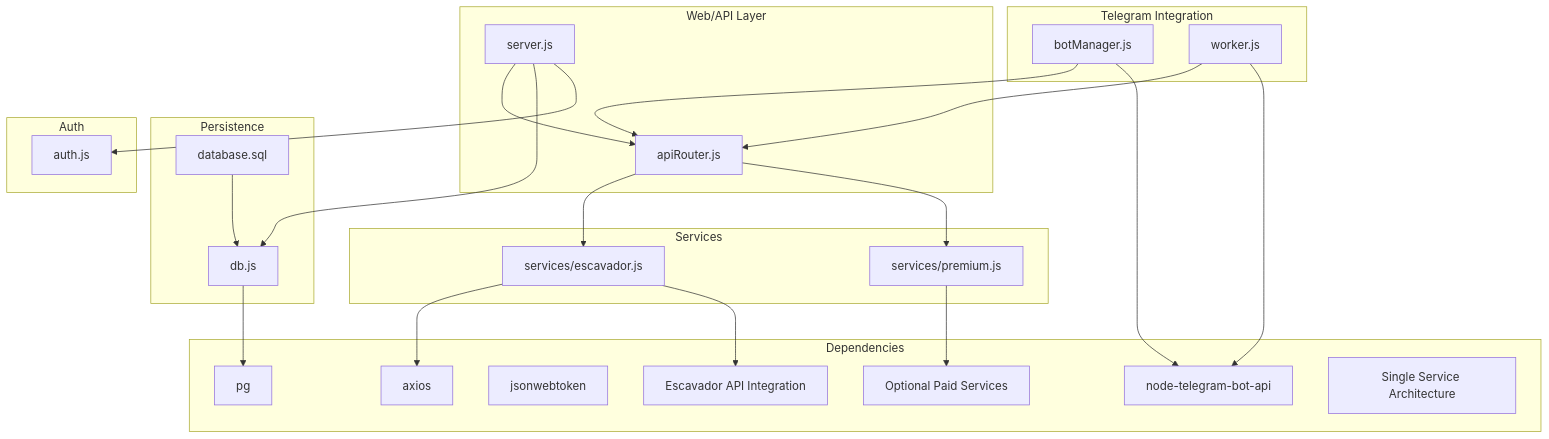
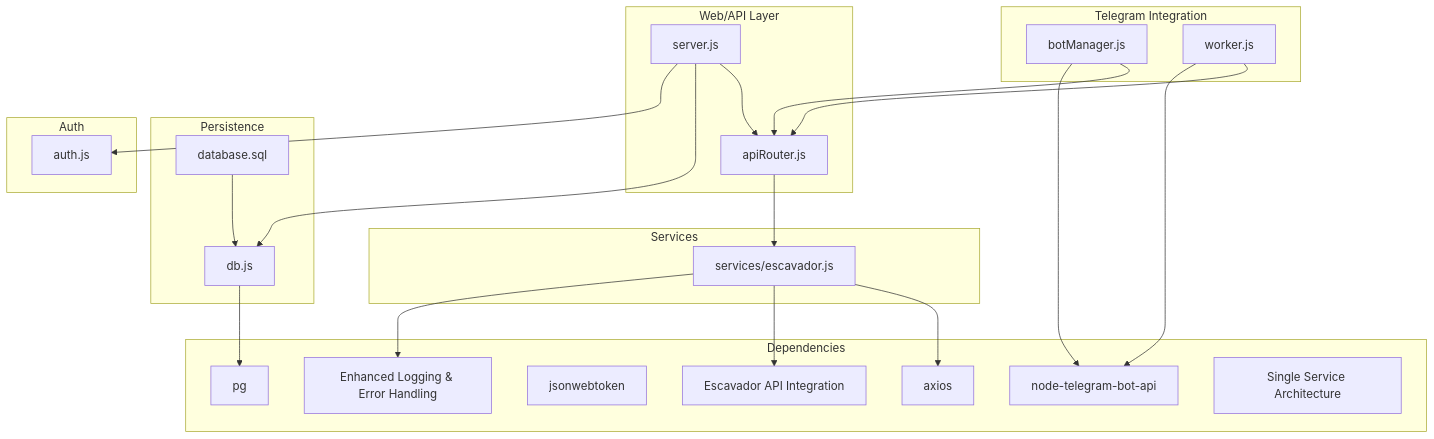
Before and after one commit to Alexandrexicara/bot-processos: the first of 4 diagrams in .qoder/repowiki/en/content/API Integration Layer/DataJud Free Service Integration.md, drawn with Mermaid. The commit also changed other lines of this file and 5 other files, not shown here.

````diff
--- a/.qoder/repowiki/en/content/API Integration Layer/DataJud Free Service Integration.md
+++ b/.qoder/repowiki/en/content/API Integration Layer/DataJud Free Service Integration.md
@@ -53,45 +53,43 @@
 ```mermaid
 graph TB
 subgraph "Web/API Layer"
 S["server.js"]
 R["apiRouter.js"]
 end
 subgraph "Services"
 E["services/escavador.js"]
-P["services/premium.js"]
 end
 subgraph "Telegram Integration"
 BM["botManager.js"]
 W["worker.js"]
 end
 subgraph "Persistence"
 DB["db.js"]
 SCHEMA["database.sql"]
 end
 subgraph "Auth"
 A["auth.js"]
 end
 subgraph "Dependencies"
 AX["axios"]
 PG["pg"]
 JWT["jsonwebtoken"]
 TG["node-telegram-bot-api"]
 ESC["Escavador API Integration"]
-PAY["Optional Paid Services"]
+LOG["Enhanced Logging & Error Handling"]
 ENDPT["Single Service Architecture"]
 end
 S --> R
 R --> E
-R --> P
 BM --> R
 W --> R
 S --> DB
 DB --> PG
 S --> A
 E --> AX
 E --> ESC
-P --> PAY
+E --> LOG
 BM --> TG
 W --> TG
 SCHEMA --> DB
 ```
````
